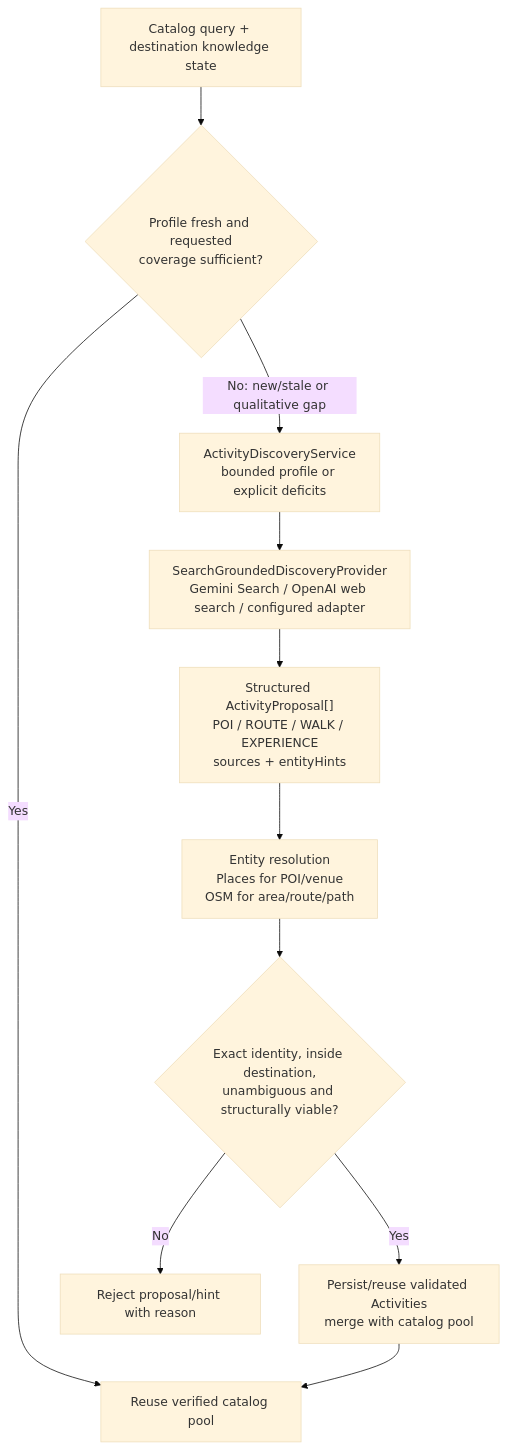
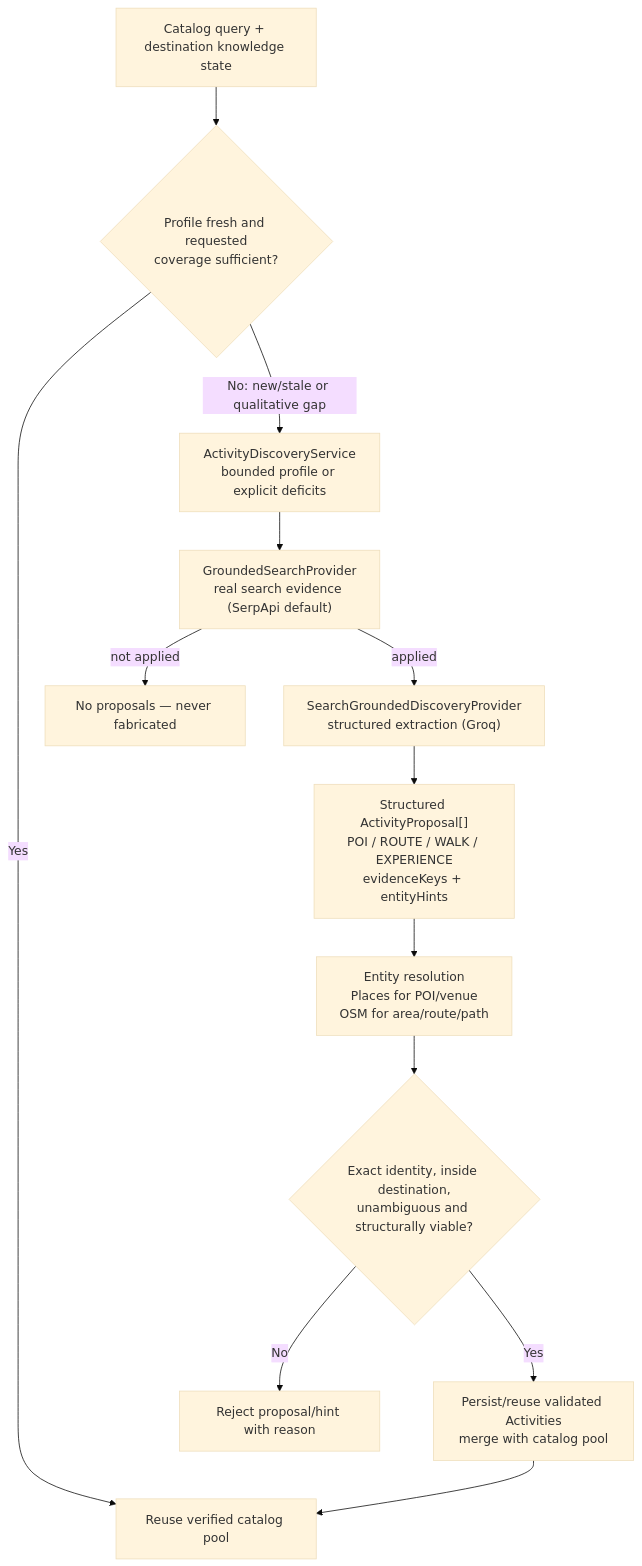
Diagram 14 of 14 in docs/architecture/activity-discovery-and-tour-generation.md (entity-builders-labs/zig-zag), drawn with Mermaid (base theme) before and after one commit. The commit also changed other lines of this file and 21 other files, not shown here.

````diff
--- a/docs/architecture/activity-discovery-and-tour-generation.md
+++ b/docs/architecture/activity-discovery-and-tour-generation.md
@@ -1032,13 +1045,15 @@
 ```mermaid
 flowchart TD
     CAT["Catalog query + destination knowledge state"] --> COVER{"Profile fresh and requested<br/>coverage sufficient?"}
     COVER -- Yes --> POOL["Reuse verified catalog pool"]
     COVER -- "No: new/stale or qualitative gap" --> DISC["ActivityDiscoveryService<br/>bounded profile or explicit deficits"]
-    DISC --> GROUND["SearchGroundedDiscoveryProvider<br/>Gemini Search / OpenAI web search / configured adapter"]
-    GROUND --> PROP["Structured ActivityProposal[]<br/>POI / ROUTE / WALK / EXPERIENCE<br/>sources + entityHints"]
+    DISC --> SEARCH["GroundedSearchProvider<br/>real search evidence (SerpApi default)"]
+    SEARCH -- "not applied" --> EMPTY["No proposals — never fabricated"]
+    SEARCH -- applied --> GROUND["SearchGroundedDiscoveryProvider<br/>structured extraction (Groq)"]
+    GROUND --> PROP["Structured ActivityProposal[]<br/>POI / ROUTE / WALK / EXPERIENCE<br/>evidenceKeys + entityHints"]
     PROP --> RESOLVE["Entity resolution<br/>Places for POI/venue<br/>OSM for area/route/path"]
     RESOLVE --> VALID{"Exact identity, inside destination,<br/>unambiguous and structurally viable?"}
     VALID -- No --> DROP["Reject proposal/hint with reason"]
     VALID -- Yes --> MERGE["Persist/reuse validated Activities<br/>merge with catalog pool"]
     MERGE --> POOL
 ```
````
